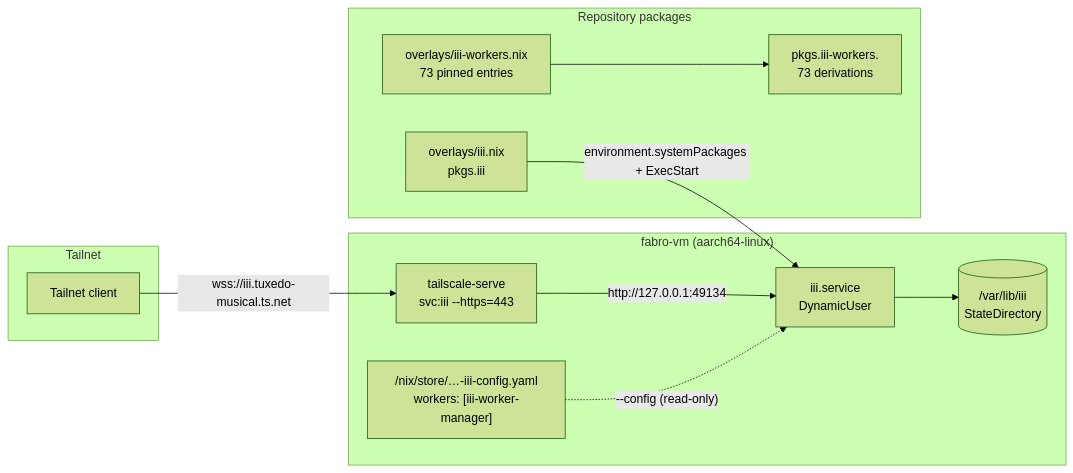
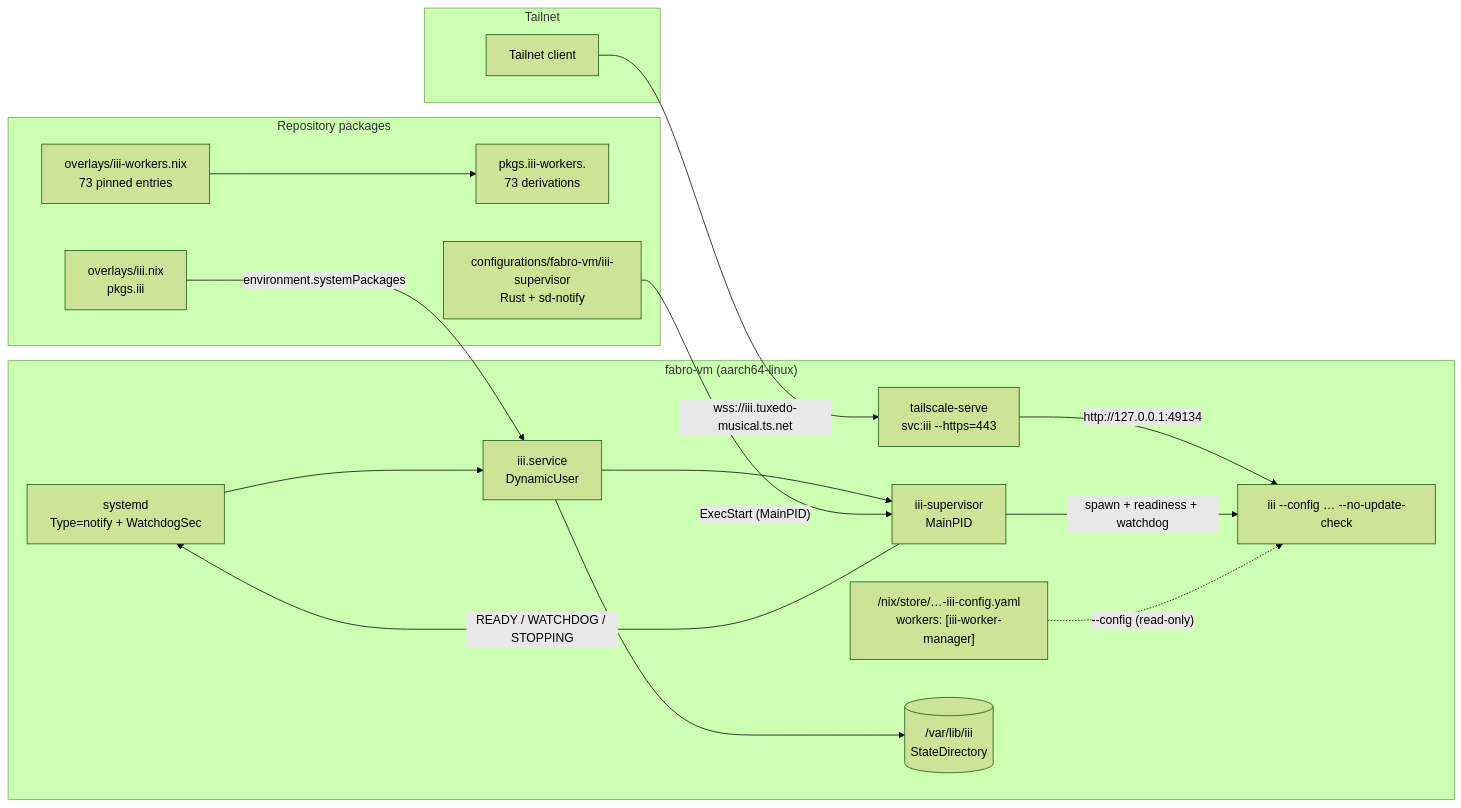
One commit to DWSR/nix-config changed the first of 4 diagrams in .kiro/specs/iii-engine-on-the-fabro-host/design.md. Above: the diagram before and after it, drawn with Mermaid (forest theme). The commit also changed other lines of this file and 4 other files, not shown here.

First line of the commit message:
docs(iii-engine-on-the-fabro-host): plan the readiness-gated supervisor

````diff
--- a/.kiro/specs/iii-engine-on-the-fabro-host/design.md
+++ b/.kiro/specs/iii-engine-on-the-fabro-host/design.md
@@ -86,26 +95,35 @@
 ```mermaid
 flowchart LR
   subgraph Tailnet["Tailnet"]
     CLIENT["Tailnet client"]
   end
 
   subgraph Guest["fabro-vm (aarch64-linux)"]
     SERVE["tailscale-serve\nsvc:iii --https=443"]
+    SD["systemd\nType=notify + WatchdogSec"]
     UNIT["iii.service\nDynamicUser"]
+    SUP["iii-supervisor\nMainPID"]
+    ENG["iii --config … --no-update-check"]
     CFG["/nix/store/…-iii-config.yaml\nworkers: [iii-worker-manager]"]
     STATE[("/var/lib/iii\nStateDirectory")]
-    SERVE -->|"http://127.0.0.1:49134"| UNIT
-    CFG -.->|"--config (read-only)"| UNIT
+    SERVE -->|"http://127.0.0.1:49134"| ENG
+    SD --> UNIT
+    UNIT --> SUP
+    SUP -->|"spawn + readiness + watchdog"| ENG
+    SUP -->|"READY / WATCHDOG / STOPPING"| SD
+    CFG -.->|"--config (read-only)"| ENG
     UNIT --> STATE
   end
 
   subgraph Repo["Repository packages"]
     ENGINE["overlays/iii.nix\npkgs.iii"]
     MANIFEST["overlays/iii-workers.nix\n73 pinned entries"]
     WORKERS["pkgs.iii-workers.<name>\n73 derivations"]
+    SUPERVISOR["configurations/fabro-vm/iii-supervisor\nRust + sd-notify"]
     MANIFEST --> WORKERS
   end
 
   CLIENT -->|"wss://iii.tuxedo-musical.ts.net"| SERVE
-  ENGINE -->|"environment.systemPackages + ExecStart"| UNIT
+  ENGINE -->|"environment.systemPackages"| UNIT
+  SUPERVISOR -->|"ExecStart (MainPID)"| SUP
 ```
````
